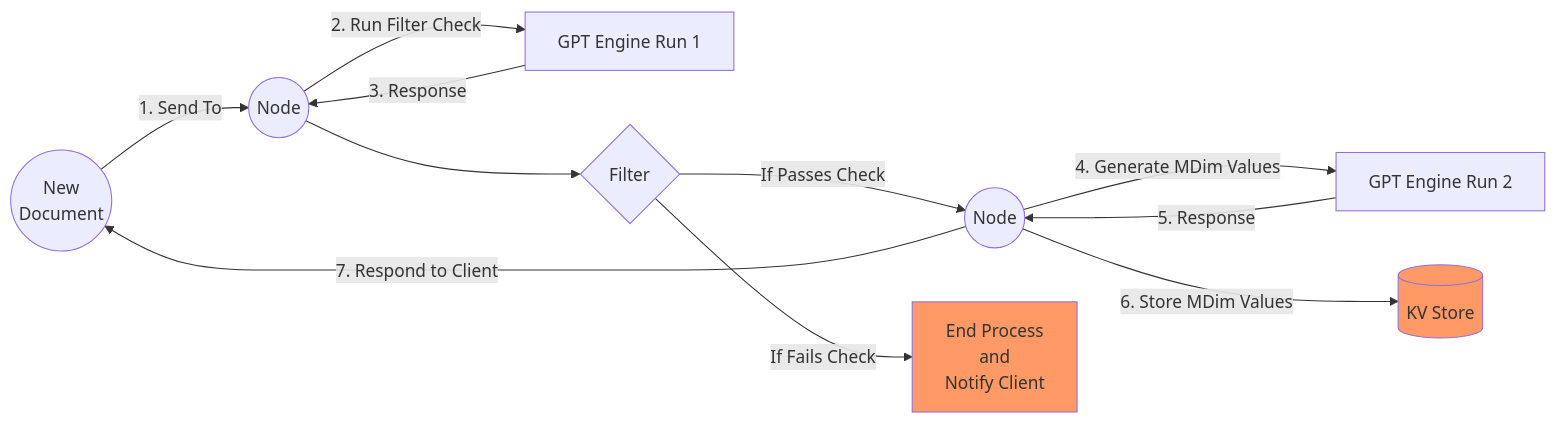
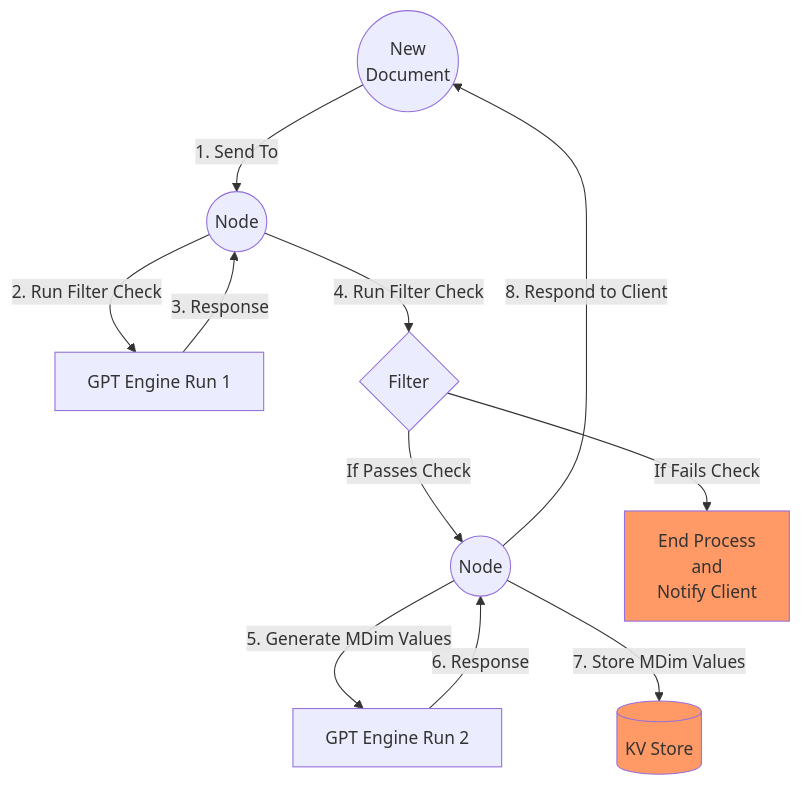
One commit to L0Lmaker/DistributedSemanticAnalysis changed the fourth of 8 diagrams in README.md. Above: the diagram before and after it, drawn with Mermaid. The commit also changed other lines of this file, not shown here.

````diff
--- a/README.md
+++ b/README.md
@@ -283,26 +290,26 @@
 ```mermaid
-flowchart LR
+flowchart TD
     DOC((New <br/> Document))
     NODE((Node))
     NODE2((Node))
     GPT_FILTER[GPT Engine Run 1]
     GPT_MDIMS[GPT Engine Run 2]
     FILT_CHECK{Filter}
     
     DOC --> |1. Send To| NODE
     NODE --> |2. Run Filter Check| GPT_FILTER
     GPT_FILTER --> |3. Response| NODE 
-    NODE --> FILT_CHECK
+    NODE --> |4. Run Filter Check|FILT_CHECK
     FILT_CHECK -->|If Passes Check| NODE2
-    NODE2 --> |4. Generate MDim Values| GPT_MDIMS
-    GPT_MDIMS --> |5. Response| NODE2
+    NODE2 --> |5. Generate MDim Values| GPT_MDIMS
+    GPT_MDIMS --> |6. Response| NODE2
     FILT_CHECK -->|If Fails Check| END[End Process <br/> and <br/> Notify Client]
-    NODE2 --> |6. Store MDim Values|SharedKV[(KV Store)]
-    NODE2 --> |7. Respond to Client| DOC
+    NODE2 --> |7. Store MDim Values|SharedKV[(KV Store)]
+    NODE2 --> |8. Respond to Client| DOC
 
     classDef filtered fill:#f96;
     class END filtered;
     
     classDef kvstore fill:#f96;
     class SharedKV kvstore;
 ```
````
